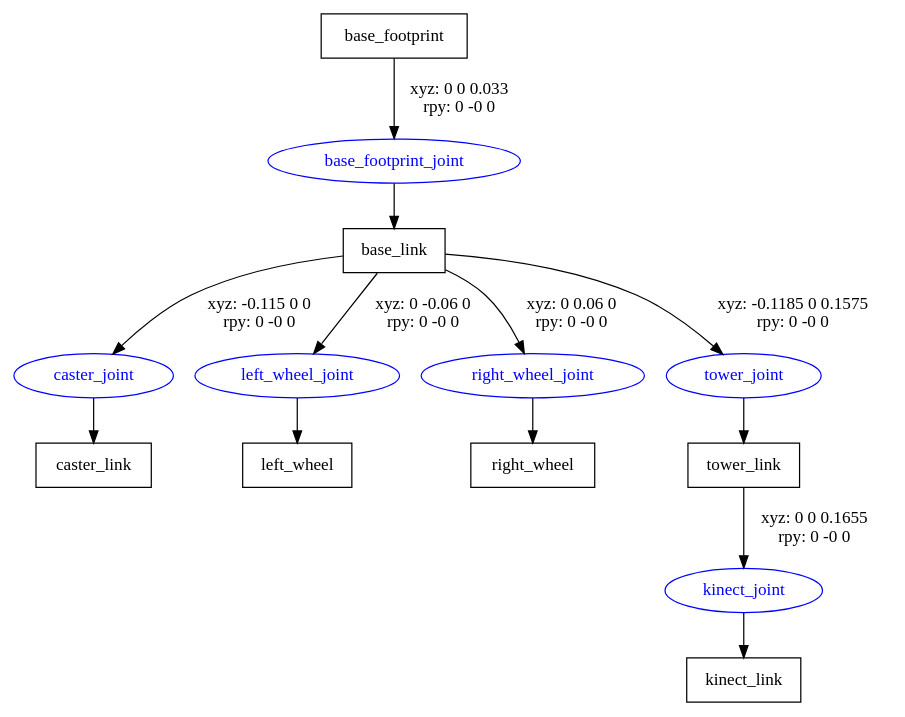
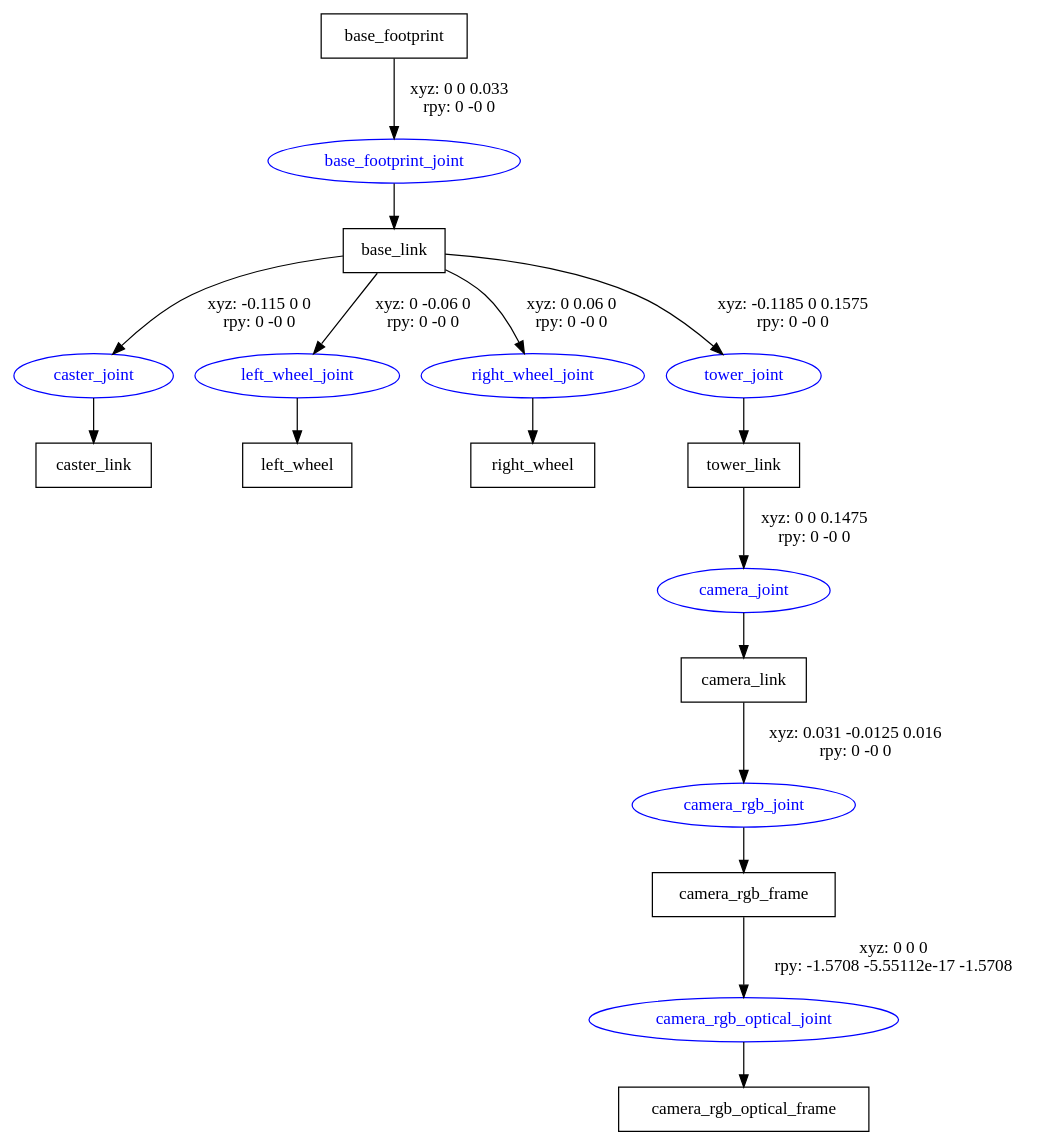
Before and after one commit to p-ansatz/eod_pkg: the diagram in description/eod.gv, drawn with Graphviz. The commit also changed 5 other files, not shown here.

```diff
--- a/description/eod.gv
+++ b/description/eod.gv
@@ -1,23 +1,29 @@
 digraph G {
 node [shape=box];
 "base_footprint" [label="base_footprint"];
 "base_link" [label="base_link"];
 "caster_link" [label="caster_link"];
 "left_wheel" [label="left_wheel"];
 "right_wheel" [label="right_wheel"];
 "tower_link" [label="tower_link"];
-"kinect_link" [label="kinect_link"];
+"camera_link" [label="camera_link"];
+"camera_rgb_frame" [label="camera_rgb_frame"];
+"camera_rgb_optical_frame" [label="camera_rgb_optical_frame"];
 node [shape=ellipse, color=blue, fontcolor=blue];
 "base_footprint" -> "base_footprint_joint" [label="xyz: 0 0 0.033 \nrpy: 0 -0 0"]
 "base_footprint_joint" -> "base_link"
 "base_link" -> "caster_joint" [label="xyz: -0.115 0 0 \nrpy: 0 -0 0"]
 "caster_joint" -> "caster_link"
 "base_link" -> "left_wheel_joint" [label="xyz: 0 -0.06 0 \nrpy: 0 -0 0"]
 "left_wheel_joint" -> "left_wheel"
 "base_link" -> "right_wheel_joint" [label="xyz: 0 0.06 0 \nrpy: 0 -0 0"]
 "right_wheel_joint" -> "right_wheel"
 "base_link" -> "tower_joint" [label="xyz: -0.1185 0 0.1575 \nrpy: 0 -0 0"]
 "tower_joint" -> "tower_link"
-"tower_link" -> "kinect_joint" [label="xyz: 0 0 0.1655 \nrpy: 0 -0 0"]
-"kinect_joint" -> "kinect_link"
+"tower_link" -> "camera_joint" [label="xyz: 0 0 0.1475 \nrpy: 0 -0 0"]
+"camera_joint" -> "camera_link"
+"camera_link" -> "camera_rgb_joint" [label="xyz: 0.031 -0.0125 0.016 \nrpy: 0 -0 0"]
+"camera_rgb_joint" -> "camera_rgb_frame"
+"camera_rgb_frame" -> "camera_rgb_optical_joint" [label="xyz: 0 0 0 \nrpy: -1.5708 -5.55112e-17 -1.5708"]
+"camera_rgb_optical_joint" -> "camera_rgb_optical_frame"
 }
```
